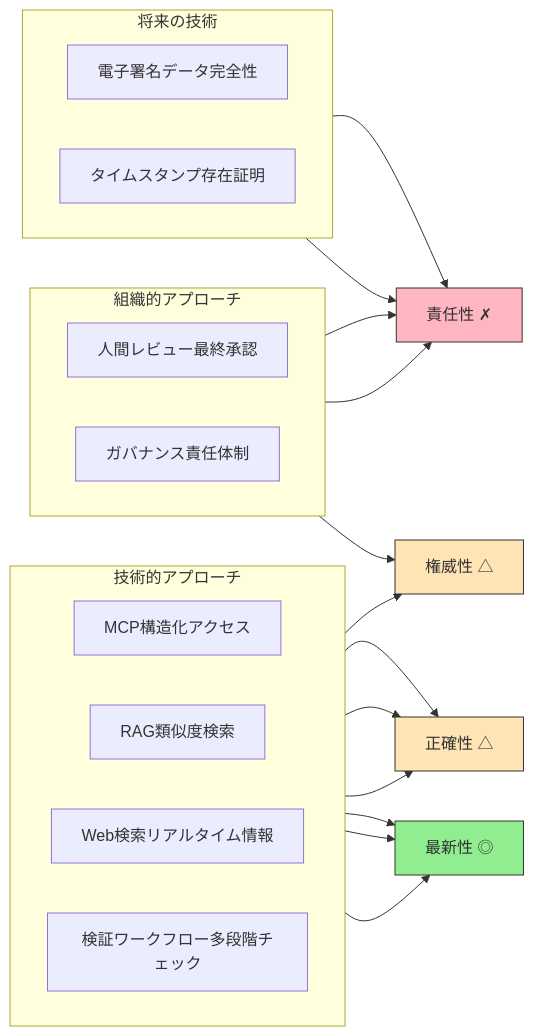
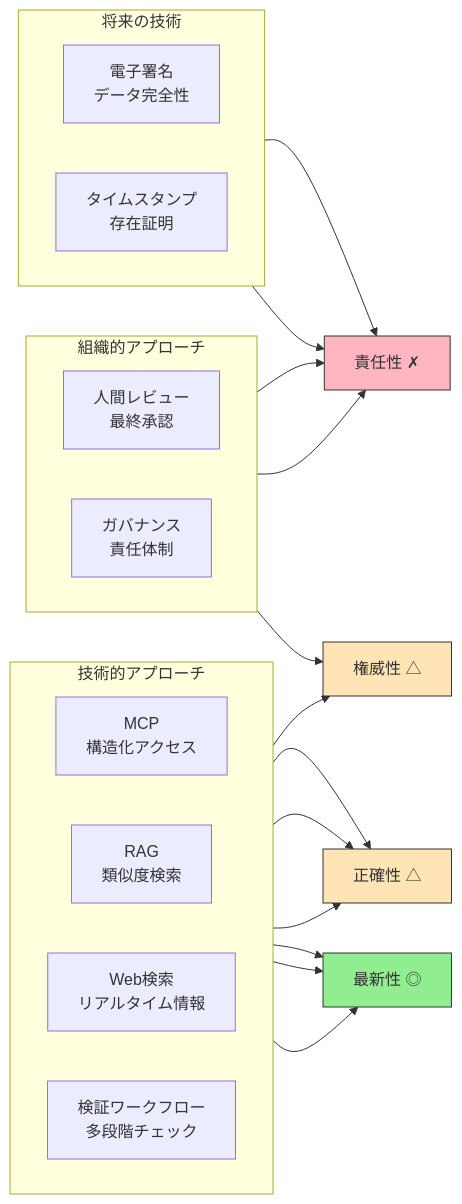
The tenth of 10 diagrams in docs/ja/concepts/05-solving-ai-limitations.md (shuji-bonji/ai-agent-architecture), drawn with Mermaid before and after one commit. The commit also changed other lines of this file and 8 other files, not shown here.

````diff
--- a/docs/ja/concepts/05-solving-ai-limitations.md
+++ b/docs/ja/concepts/05-solving-ai-limitations.md
@@ -406,40 +406,40 @@
 ```mermaid
 flowchart LR
     subgraph TECH["技術的アプローチ"]
         direction LR
-        MCP_APPROACH["MCP<bn>構造化アクセス"]
-        RAG_APPROACH["RAG<bn>類似度検索"]
-        WEBSEARCH["Web検索<bn>リアルタイム情報"]
-        VALIDATION["検証ワークフロー<bn>多段階チェック"]
+        MCP_APPROACH["MCP<br>構造化アクセス"]
+        RAG_APPROACH["RAG<br>類似度検索"]
+        WEBSEARCH["Web検索<br>リアルタイム情報"]
+        VALIDATION["検証ワークフロー<br>多段階チェック"]
     end
 
     subgraph ORG["組織的アプローチ"]
         direction LR
-        REVIEW["人間レビュー<bn>最終承認"]
-        GOVERNANCE["ガバナンス<bn>責任体制"]
+        REVIEW["人間レビュー<br>最終承認"]
+        GOVERNANCE["ガバナンス<br>責任体制"]
     end
 
     subgraph FUTURE_TECH["将来の技術"]
         direction LR
-        SIGNATURE["電子署名<bn>データ完全性"]
-        TIMESTAMP["タイムスタンプ<bn>存在証明"]
+        SIGNATURE["電子署名<br>データ完全性"]
+        TIMESTAMP["タイムスタンプ<br>存在証明"]
     end
 
     MCP_APPROACH --> ACCURACY["正確性 △"]
     MCP_APPROACH --> CURRENCY["最新性 ◎"]
     MCP_APPROACH --> AUTHORITY["権威性 △"]
     RAG_APPROACH --> CURRENCY
     RAG_APPROACH --> ACCURACY
     WEBSEARCH --> CURRENCY
     VALIDATION --> ACCURACY
     REVIEW --> AUTHORITY
     REVIEW --> ACCOUNTABILITY["責任性 ✗"]
     GOVERNANCE --> ACCOUNTABILITY
     SIGNATURE --> ACCOUNTABILITY
     TIMESTAMP --> ACCOUNTABILITY
 
     style CURRENCY fill:#90EE90,color:#333,stroke:#333
     style ACCURACY fill:#FFE4B5,color:#333,stroke:#333
     style AUTHORITY fill:#FFE4B5,color:#333,stroke:#333
     style ACCOUNTABILITY fill:#FFB6C1,color:#333,stroke:#333
 ```
````
